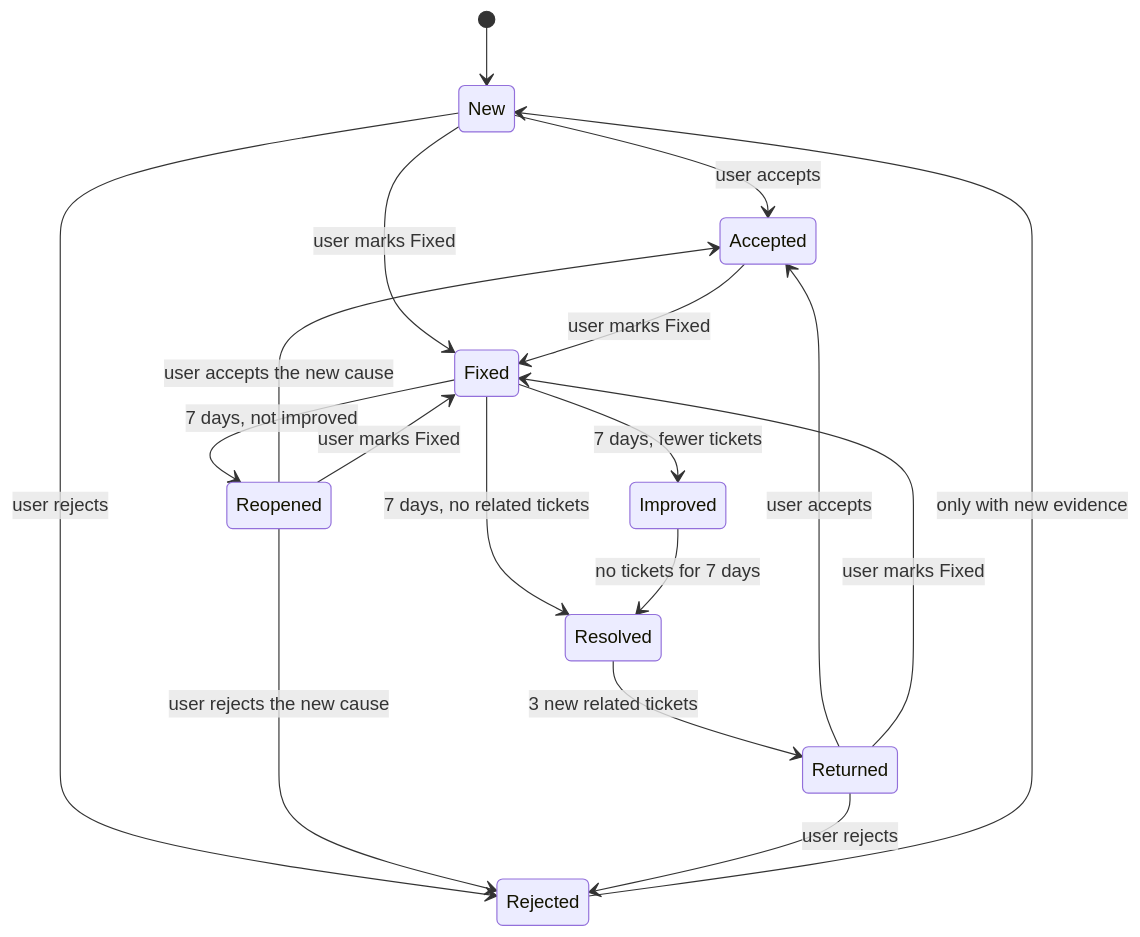
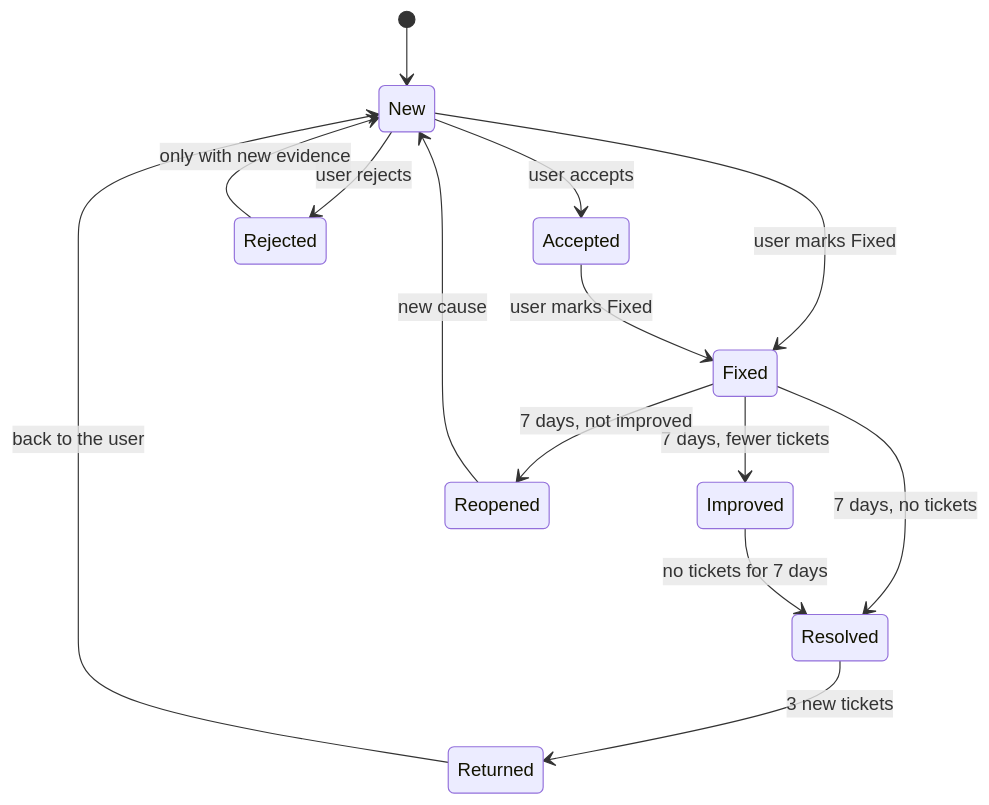
One commit to sianitomer-web/electric-wize-complaint-investigator changed the fourth of 5 diagrams in Architecture.md. Above: the diagram before and after it, drawn with Mermaid. The commit also changed other lines of this file, not shown here.

First line of the commit message:
Make the system and feedback diagrams easier to read (#1)

````diff
--- a/Architecture.md
+++ b/Architecture.md
@@ -112,20 +90,16 @@
 ```mermaid
 stateDiagram-v2
     [*] --> New
     New --> Accepted: user accepts
     New --> Rejected: user rejects
     New --> Fixed: user marks Fixed
     Accepted --> Fixed: user marks Fixed
-    Fixed --> Resolved: 7 days, no related tickets
+    Fixed --> Resolved: 7 days, no tickets
     Fixed --> Improved: 7 days, fewer tickets
     Fixed --> Reopened: 7 days, not improved
     Improved --> Resolved: no tickets for 7 days
-    Reopened --> Accepted: user accepts the new cause
-    Reopened --> Rejected: user rejects the new cause
-    Reopened --> Fixed: user marks Fixed
-    Resolved --> Returned: 3 new related tickets
-    Returned --> Accepted: user accepts
-    Returned --> Rejected: user rejects
-    Returned --> Fixed: user marks Fixed
+    Resolved --> Returned: 3 new tickets
+    Reopened --> New: new cause
+    Returned --> New: back to the user
     Rejected --> New: only with new evidence
 ```
````
